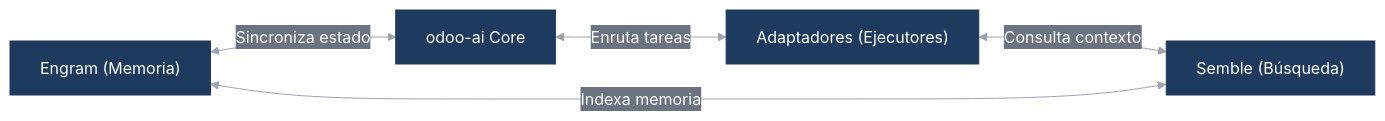
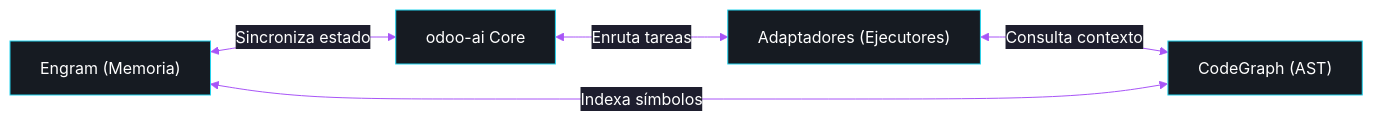
One commit to Geraldow/odoo-ai changed the sixth of 6 diagrams in ARCHITECTURE.md. Above: the diagram before and after it, drawn with Mermaid. The commit also changed other lines of this file, not shown here.

First line of the commit message:
docs: add ARCHITECTURE.md and PRD.md for odoo-ai v3

````diff
--- a/ARCHITECTURE.md
+++ b/ARCHITECTURE.md
@@ -182,8 +181,8 @@
 ```mermaid
-%%{init: {'theme': 'base', 'themeVariables': {'background': '#F9FAFB', 'primaryColor': '#1E3A5F', 'primaryTextColor': '#FFFFFF', 'primaryBorderColor': '#1E3A5F', 'secondaryColor': '#6B7280', 'secondaryTextColor': '#FFFFFF', 'secondaryBorderColor': '#475569', 'tertiaryColor': '#0D9488', 'tertiaryTextColor': '#FFFFFF', 'lineColor': '#9CA3AF', 'textColor': '#111827', 'clusterBkg': '#F3F4F6', 'clusterBorder': '#D1D5DB', 'fontFamily': 'Inter, Roboto, sans-serif'}}}%%
+%%{init: {'theme': 'base', 'themeVariables': {'background': '#0d1117', 'primaryColor': '#161b22', 'primaryTextColor': '#FFFFFF', 'primaryBorderColor': '#22d3ee', 'secondaryColor': '#1e1e2e', 'secondaryTextColor': '#FFFFFF', 'secondaryBorderColor': '#a855f7', 'tertiaryColor': '#0d2a2a', 'tertiaryTextColor': '#FFFFFF', 'tertiaryBorderColor': '#22d3ee', 'lineColor': '#a855f7', 'textColor': '#e6edf3', 'clusterBkg': '#0a1628', 'clusterBorder': '#22d3ee'}}}%%
 flowchart LR
     Eng["Engram (Memoria)"] <-->|Sincroniza estado| Core["odoo-ai Core"]
     Core <-->|Enruta tareas| Adp["Adaptadores (Ejecutores)"]
-    Adp <-->|Consulta contexto| Sem["Semble (Búsqueda)"]
-    Sem <-->|Indexa memoria| Eng
+    Adp <-->|Consulta contexto| CG["CodeGraph (AST)"]
+    CG <-->|Indexa símbolos| Eng
 ```
````
